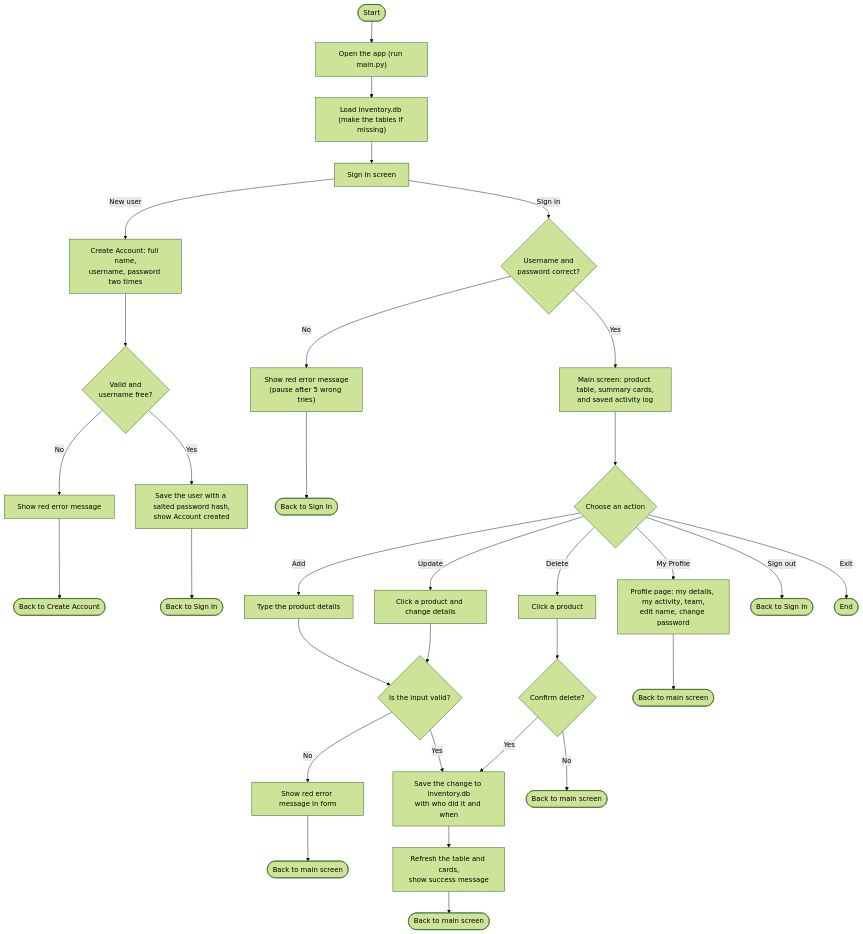
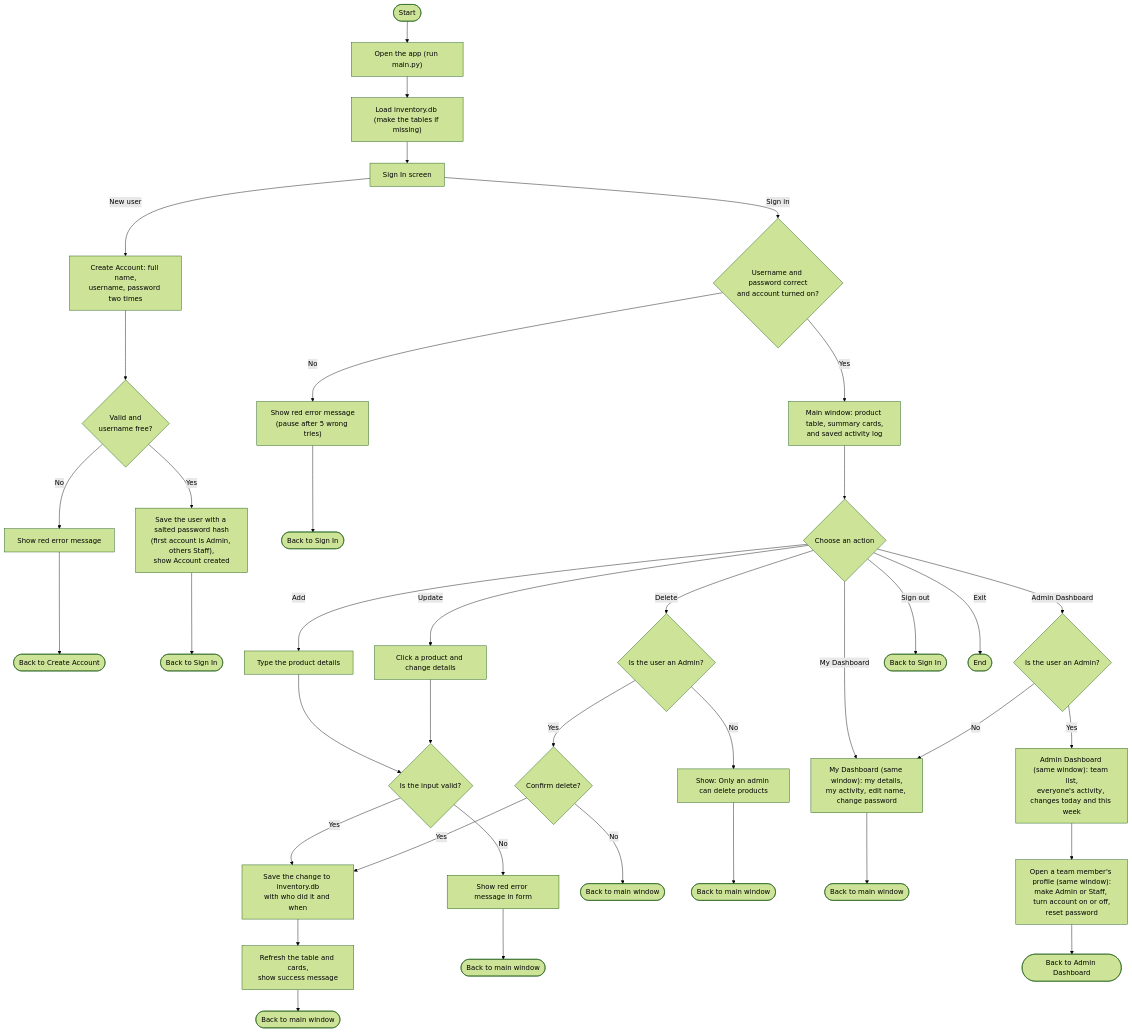
One commit to krstnkye/crud-project-IM102 changed the diagram in documentation/flowchart.mmd. Above: the diagram before and after it, drawn with Mermaid (forest theme). The commit also changed 37 other files, not shown here.

First line of the commit message:
Add Admin and Staff roles with in-window dashboards

```diff
--- a/documentation/flowchart.mmd
+++ b/documentation/flowchart.mmd
@@ -1,32 +1,39 @@
 flowchart TD
     A([Start]) --> B["Open the app (run main.py)"]
     B --> C["Load inventory.db (make the tables if missing)"]
     C --> SI["Sign In screen"]
     SI -->|New user| CA["Create Account: full name,<br/>username, password two times"]
     CA --> CV{"Valid and<br/>username free?"}
     CV -->|No| CE[Show red error message]
     CE --> T1(["Back to Create Account"])
-    CV -->|Yes| CS["Save the user with a salted password hash,<br/>show Account created"]
+    CV -->|Yes| CS["Save the user with a salted password hash<br/>(first account is Admin, others Staff),<br/>show Account created"]
     CS --> T2(["Back to Sign In"])
-    SI -->|Sign in| V{"Username and<br/>password correct?"}
+    SI -->|Sign in| V{"Username and password correct<br/>and account turned on?"}
     V -->|No| VE["Show red error message<br/>(pause after 5 wrong tries)"]
     VE --> T3(["Back to Sign In"])
-    V -->|Yes| D["Main screen: product table, summary cards,<br/>and saved activity log"]
+    V -->|Yes| D["Main window: product table, summary cards,<br/>and saved activity log"]
     D --> E{Choose an action}
     E -->|Add| F[Type the product details]
     E -->|Update| G[Click a product and change details]
-    E -->|Delete| X[Click a product]
-    E -->|My Profile| PR["Profile page: my details, my activity, team,<br/>edit name, change password"]
+    E -->|Delete| X{Is the user an Admin?}
+    E -->|My Dashboard| PR["My Dashboard (same window): my details,<br/>my activity, edit name, change password"]
+    E -->|Admin Dashboard| AD{Is the user an Admin?}
     E -->|Sign out| SO(["Back to Sign In"])
     E -->|Exit| Z([End])
     F --> I{Is the input valid?}
     G --> I
     I -->|No| J[Show red error message in form]
     I -->|Yes| K["Save the change to inventory.db<br/>with who did it and when"]
-    X --> Q{Confirm delete?}
+    X -->|No| XN["Show: Only an admin can delete products"]
+    X -->|Yes| Q{Confirm delete?}
     Q -->|Yes| K
-    Q -->|No| R2(["Back to main screen"])
+    Q -->|No| R2(["Back to main window"])
+    XN --> R5(["Back to main window"])
     K --> N["Refresh the table and cards,<br/>show success message"]
-    J --> R1(["Back to main screen"])
-    N --> R3(["Back to main screen"])
-    PR --> R4(["Back to main screen"])
+    J --> R1(["Back to main window"])
+    N --> R3(["Back to main window"])
+    PR --> R4(["Back to main window"])
+    AD -->|No| PR
+    AD -->|Yes| AP["Admin Dashboard (same window): team list,<br/>everyone's activity, changes today and this week"]
+    AP --> OP["Open a team member's profile (same window):<br/>make Admin or Staff, turn account on or off,<br/>reset password"]
+    OP --> R6(["Back to Admin Dashboard"])
```
